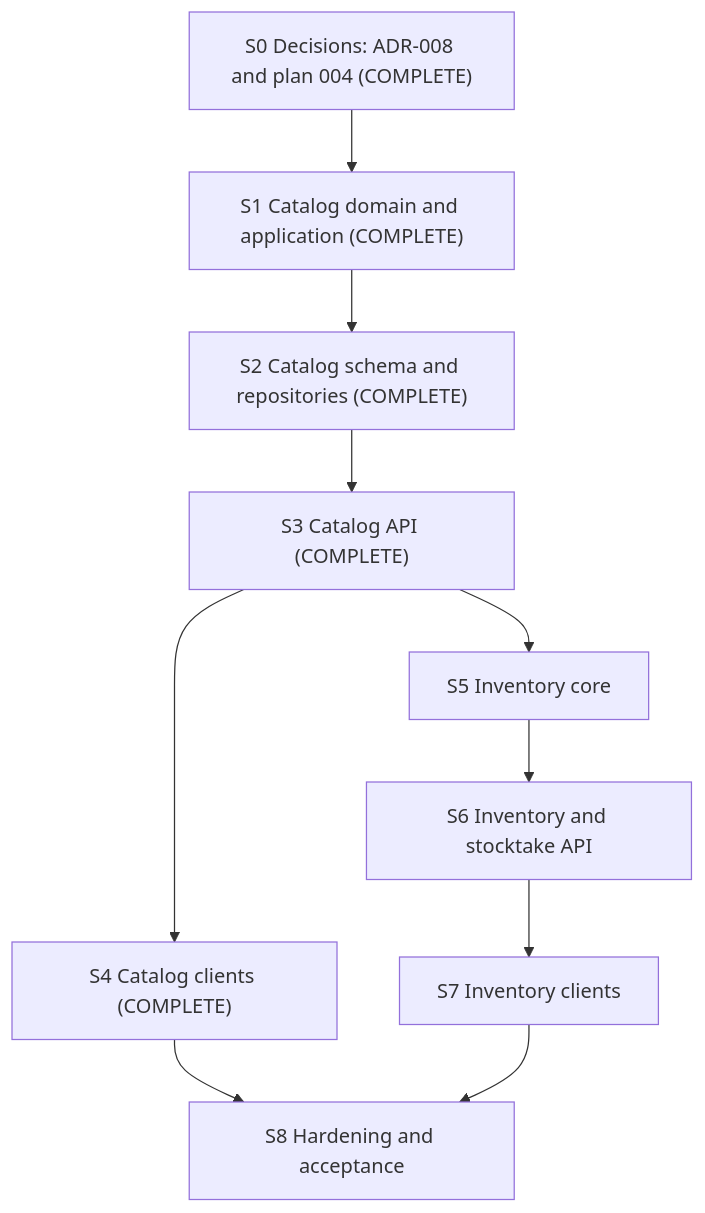
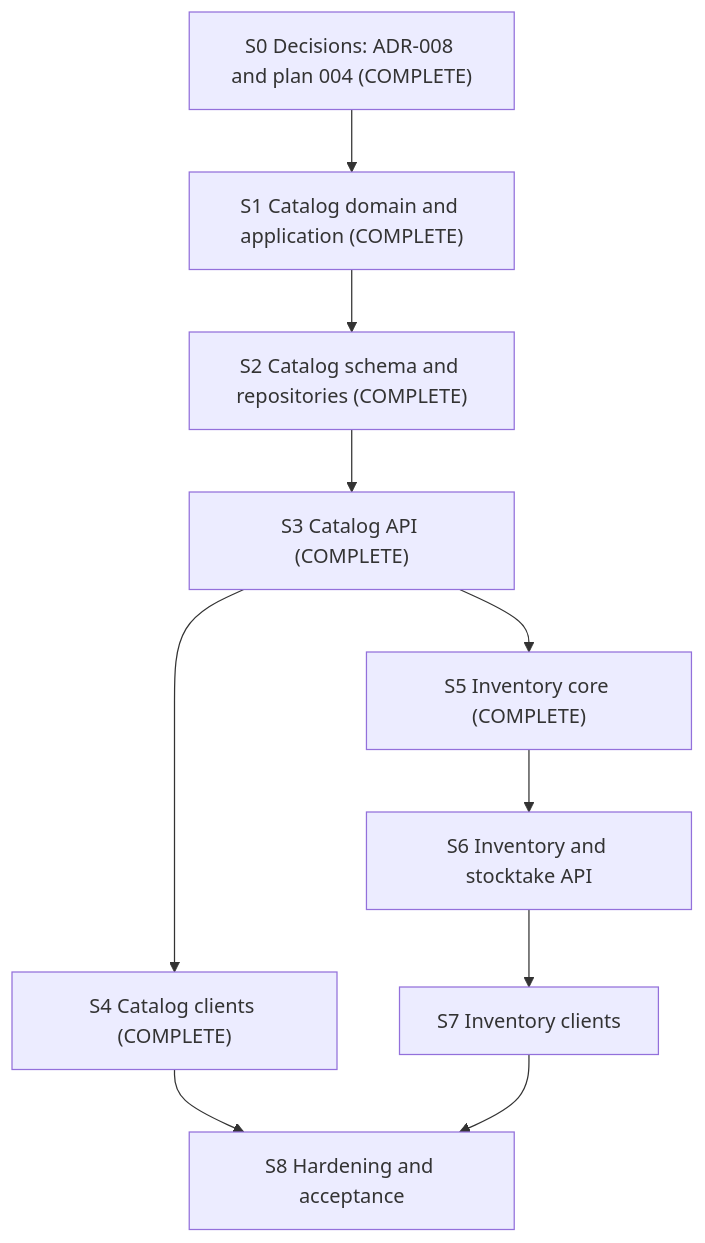
Before and after one commit to lumzeegates123/tali: the diagram in docs/plans/004-build-2-catalog-inventory.md, drawn with Mermaid. The commit also changed other lines of this file and 97 other files, not shown here.

Commit message:
feat: implement Build 2 inventory core

````diff
--- a/docs/plans/004-build-2-catalog-inventory.md
+++ b/docs/plans/004-build-2-catalog-inventory.md
@@ -39,12 +41,12 @@
 ```mermaid
 flowchart TD
   S0["S0 Decisions: ADR-008 and plan 004 (COMPLETE)"] --> S1["S1 Catalog domain and application (COMPLETE)"]
   S1 --> S2["S2 Catalog schema and repositories (COMPLETE)"]
   S2 --> S3["S3 Catalog API (COMPLETE)"]
   S3 --> S4["S4 Catalog clients (COMPLETE)"]
-  S3 --> S5["S5 Inventory core"]
+  S3 --> S5["S5 Inventory core (COMPLETE)"]
   S5 --> S6["S6 Inventory and stocktake API"]
   S6 --> S7["S7 Inventory clients"]
   S4 --> S8["S8 Hardening and acceptance"]
   S7 --> S8
 ```
````
